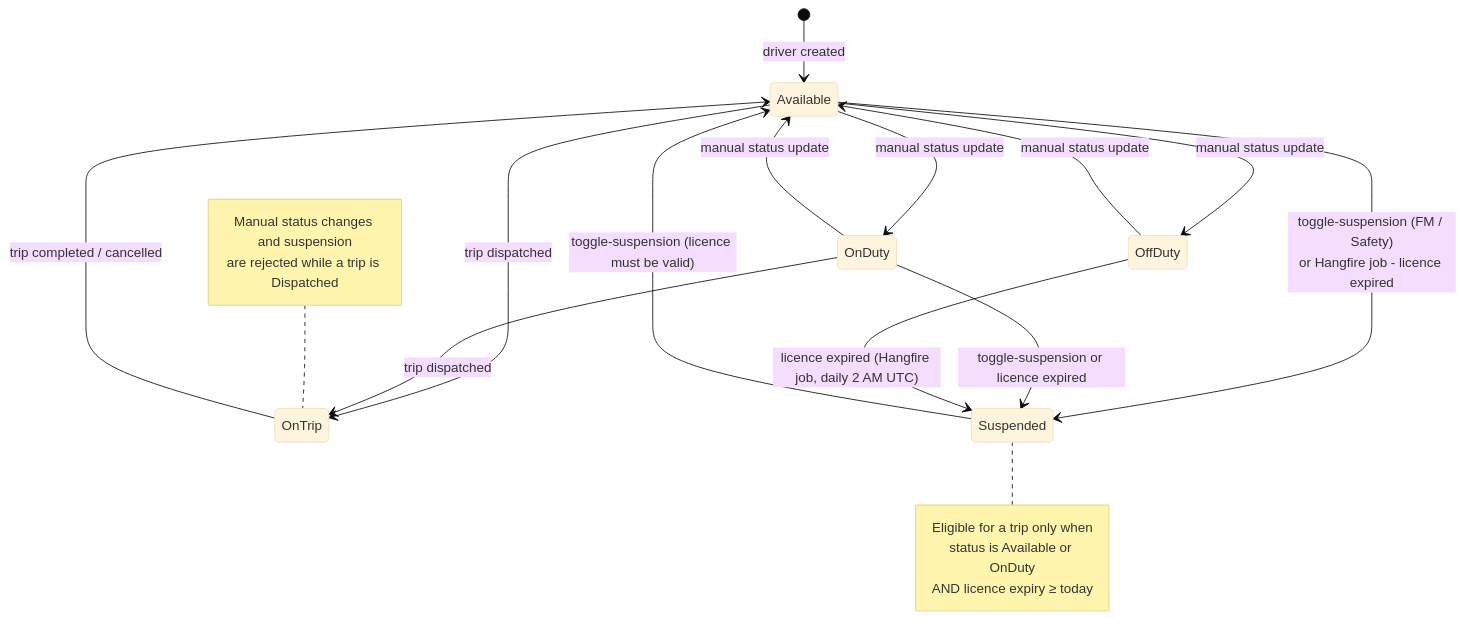
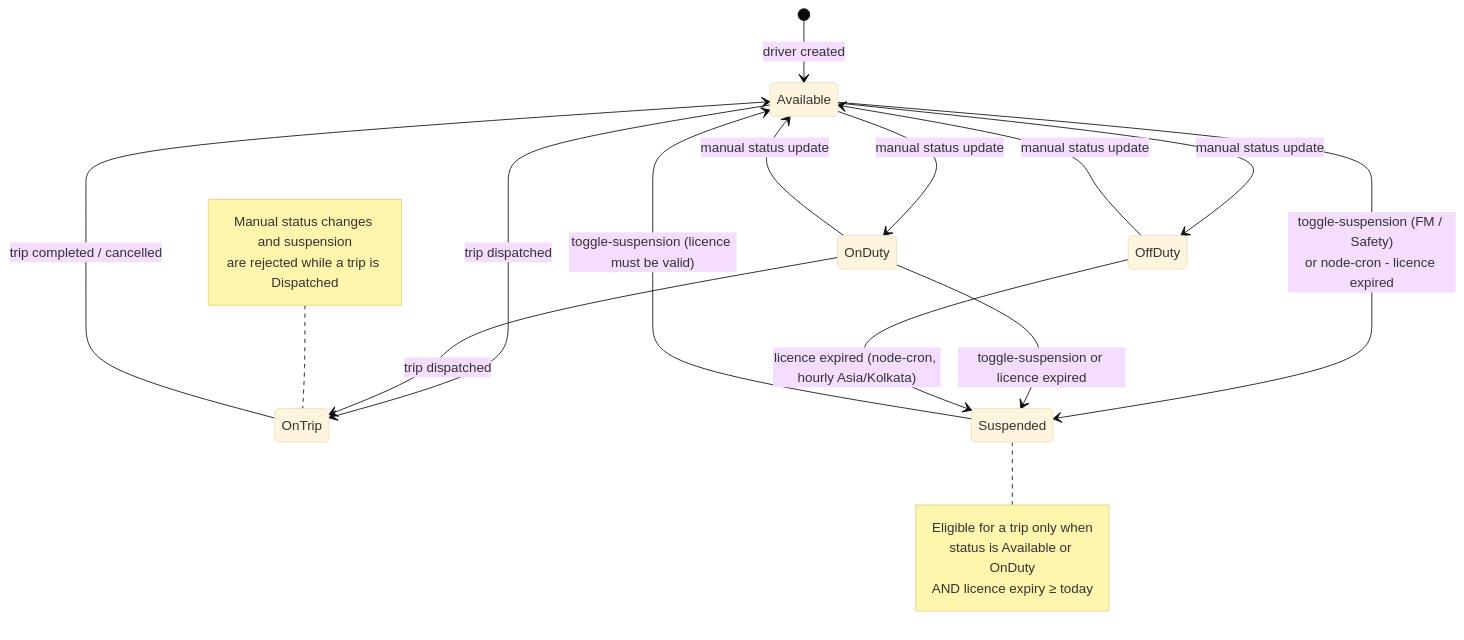
One commit to Bhavika-Giyanani/TransitOps changed the third of 5 diagrams in docs/uml/05-state-diagrams.md. Above: the diagram before and after it, drawn with Mermaid (base theme). The commit also changed other lines of this file and 48 other files, not shown here.

````diff
--- a/docs/uml/05-state-diagrams.md
+++ b/docs/uml/05-state-diagrams.md
@@ -42,26 +42,26 @@
 ```mermaid
 stateDiagram-v2
     [*] --> Available : driver created
     Available --> OnTrip : trip dispatched
     OnDuty --> OnTrip : trip dispatched
     OnTrip --> Available : trip completed / cancelled
     Available --> OnDuty : manual status update
     OnDuty --> Available : manual status update
     Available --> OffDuty : manual status update
     OffDuty --> Available : manual status update
-    Available --> Suspended : toggle-suspension (FM / Safety)<br/>or Hangfire job - licence expired
+    Available --> Suspended : toggle-suspension (FM / Safety)<br/>or node-cron - licence expired
     OnDuty --> Suspended : toggle-suspension or licence expired
-    OffDuty --> Suspended : licence expired (Hangfire job, daily 2 AM UTC)
+    OffDuty --> Suspended : licence expired (node-cron, hourly Asia/Kolkata)
     Suspended --> Available : toggle-suspension (licence must be valid)
 
     note left of OnTrip
         Manual status changes and suspension
         are rejected while a trip is Dispatched
     end note
 
     note right of Suspended
         Eligible for a trip only when
         status is Available or OnDuty
         AND licence expiry ≥ today
     end note
 ```
````
